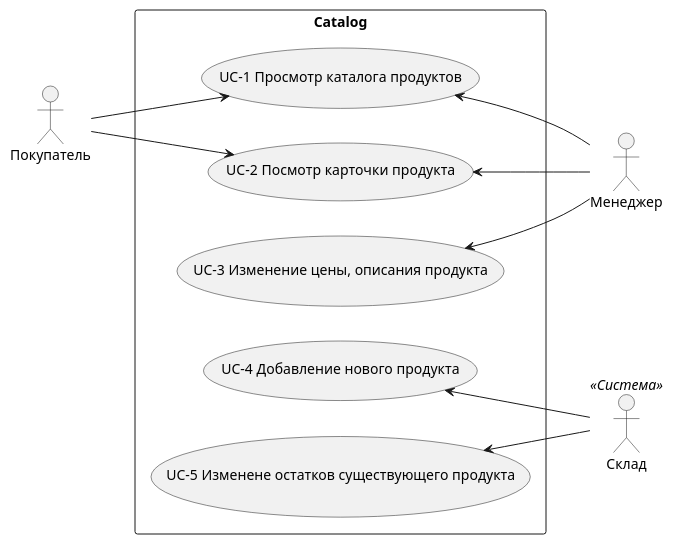
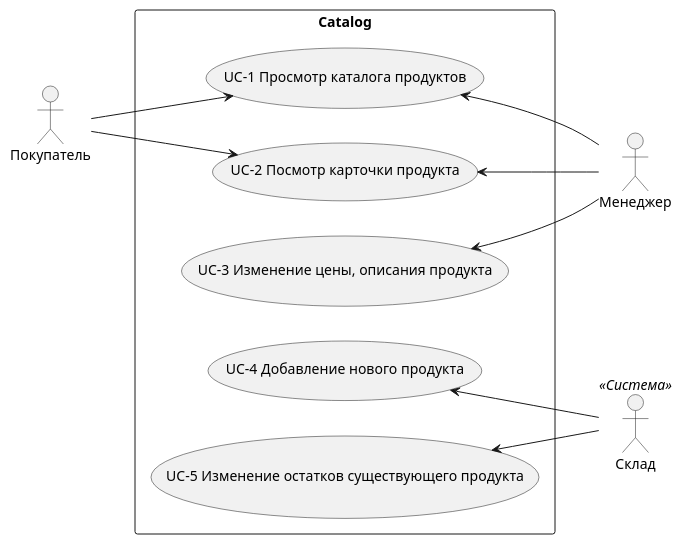
One commit to gerzhan/knigaexpert-system-design changed the second of 2 diagrams in services/catalog/README.md. Above: the diagram before and after it, drawn with PlantUML. The commit also changed other lines of this file and 6 other files, not shown here.

````diff
--- a/services/catalog/README.md
+++ b/services/catalog/README.md
@@ -51,32 +52,32 @@
 ```plantuml
 left to right direction
 skinparam packageStyle rectangle
 
 actor Покупатель as cleint
 actor Менеджер as manager
 actor Склад as warehouse << Система >>
 
 rectangle Catalog {
   usecase (UC-1 Просмотр каталога продуктов) as UC1
   usecase (UC-2 Посмотр карточки продукта) as UC2
   usecase (UC-3 Изменение цены, описания продукта) as UC3
   usecase (UC-4 Добавление нового продукта) as UC4
-  usecase (UC-5 Изменене остатков существующего продукта) as UC5
+  usecase (UC-5 Изменение остатков существующего продукта) as UC5
 
   url of UC1 is [[use-cases/uc-1.md]]
   url of UC2 is [[use-cases/uc-2.md]]
   url of UC3 is [[use-cases/uc-3.md]]
   url of UC4 is [[use-cases/uc-4.md]]
   url of UC5 is [[use-cases/uc-5.md]]
 }
 
 cleint --> UC1
 cleint --> UC2
 
 UC1 <-- manager
 UC2 <-- manager
 UC3 <-- manager
 
 UC4<-- warehouse
 UC5<-- warehouse
 ```
````
